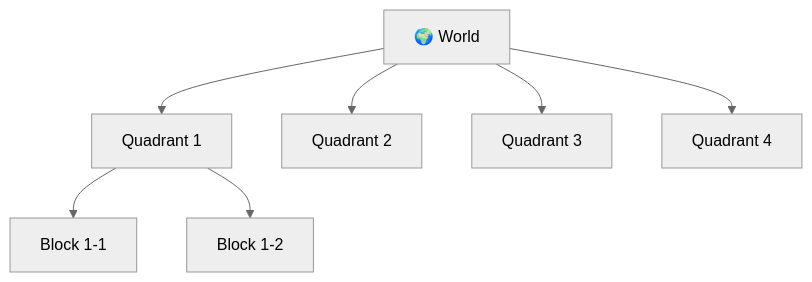
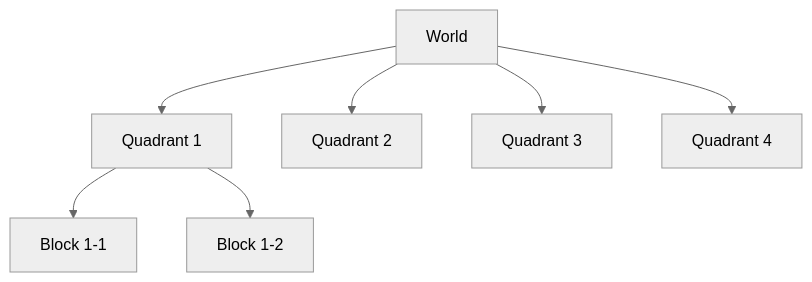
Before and after one commit to NalinDalal/system-design: the fourth of 6 diagrams in 14.ProximityService.md, drawn with Mermaid (neutral theme). The commit also changed other lines of this file and 1 other file, not shown here.

````diff
--- a/14.ProximityService.md
+++ b/14.ProximityService.md
@@ -205,9 +205,9 @@
 ```mermaid
 graph TD
-    W[🌍 World] --> Q1[Quadrant 1]
+    W[ World] --> Q1[Quadrant 1]
     W --> Q2[Quadrant 2]
     W --> Q3[Quadrant 3]
     W --> Q4[Quadrant 4]
     Q1 --> Q11[Block 1-1]
     Q1 --> Q12[Block 1-2]
 ```
````
